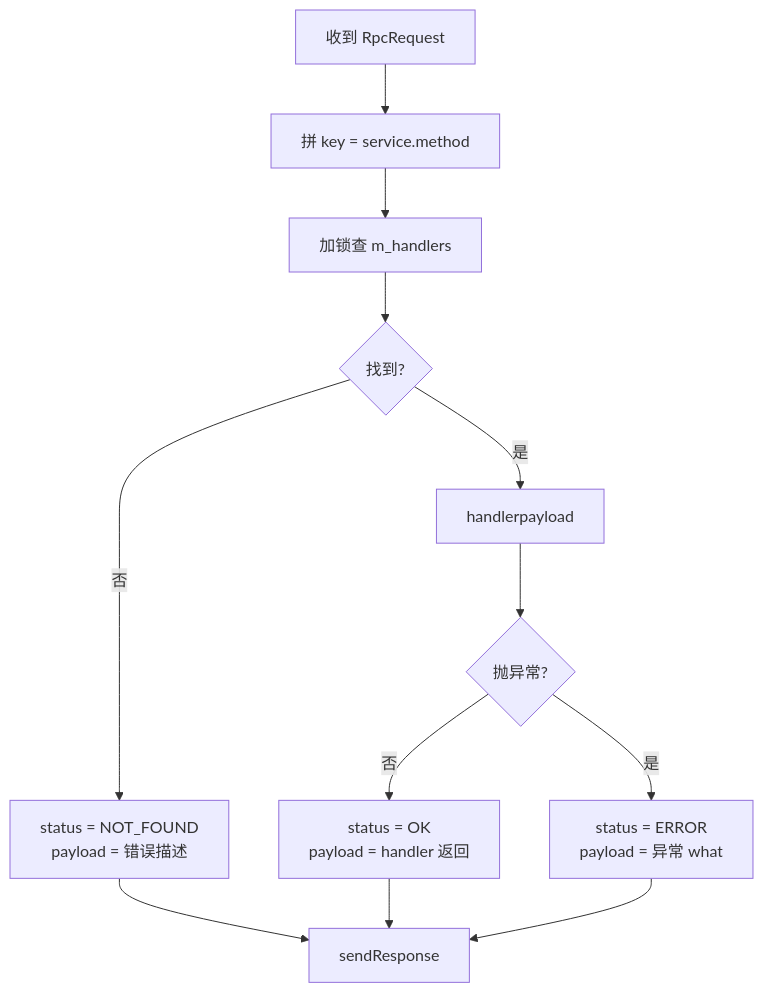
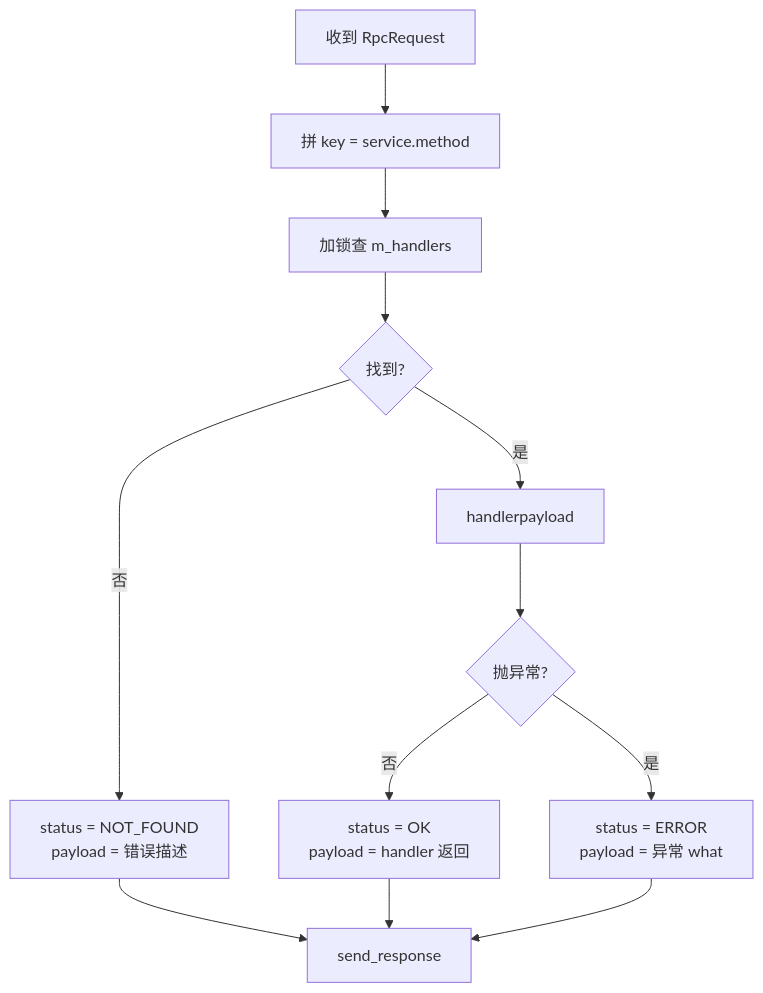
Before and after one commit to loskyertt/NetworkProgramming: the fourth of 8 diagrams in docs/src/rpc/RPC.md, drawn with Mermaid. The commit also changed other lines of this file and 3 other files, not shown here.

````diff
--- a/docs/src/rpc/RPC.md
+++ b/docs/src/rpc/RPC.md
@@ -927,14 +927,14 @@
 ```mermaid
 flowchart TD
     A[收到 RpcRequest] --> B[拼 key = service.method]
     B --> C[加锁查 m_handlers]
     C --> D{找到?}
     D -->|否| E[status = NOT_FOUND<br/>payload = 错误描述]
     D -->|是| F[handlerpayload]
     F --> G{抛异常?}
     G -->|否| H[status = OK<br/>payload = handler 返回]
     G -->|是| I[status = ERROR<br/>payload = 异常 what]
-    H --> J[sendResponse]
+    H --> J[send_response]
     E --> J
     I --> J
 ```
````
